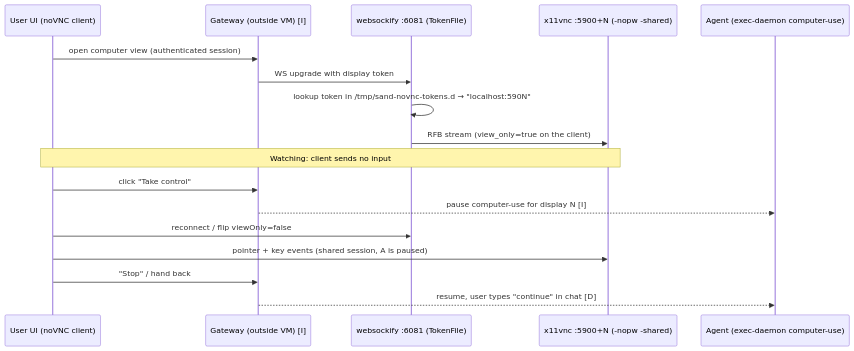
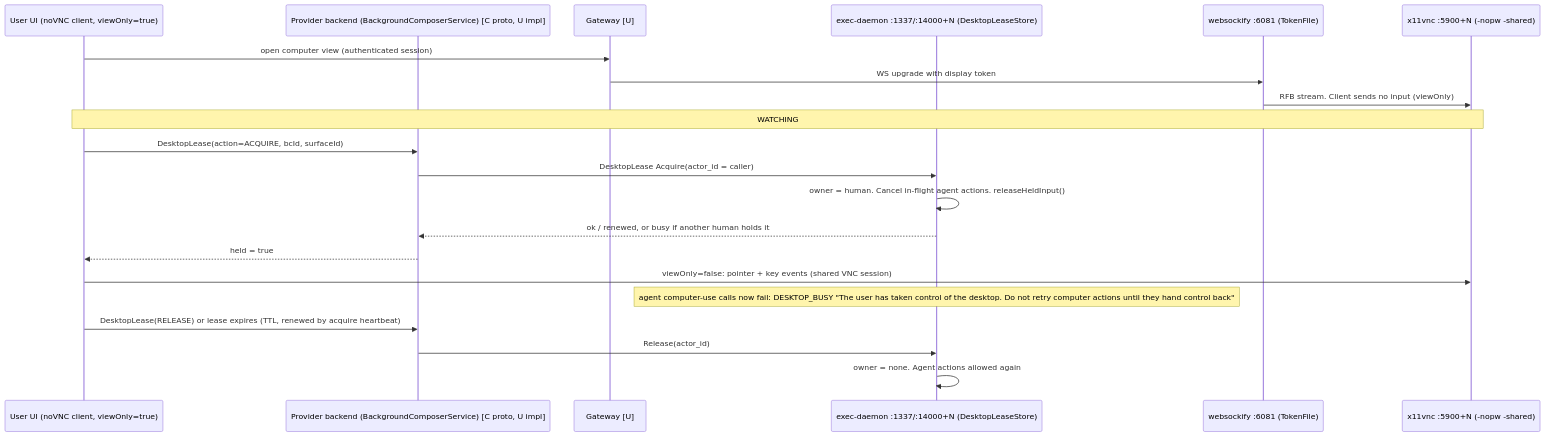
One commit to saadkhan2003/ai-teammates changed the third of 5 diagrams in docs/BOT_COMPUTER_ARCHITECTURE.md. Above: the diagram before and after it, drawn with Mermaid. The commit also changed other lines of this file and 6 other files, not shown here.

````diff
--- a/docs/BOT_COMPUTER_ARCHITECTURE.md
+++ b/docs/BOT_COMPUTER_ARCHITECTURE.md
@@ -161,19 +172,23 @@
 ```mermaid
 sequenceDiagram
-  participant U as User UI (noVNC client)
-  participant G as Gateway (outside VM) [I]
+  participant U as User UI (noVNC client, viewOnly=true)
+  participant B as Provider backend (BackgroundComposerService) [C proto, U impl]
+  participant G as Gateway [U]
+  participant ED as exec-daemon :1337/:14000+N (DesktopLeaseStore)
   participant W as websockify :6081 (TokenFile)
   participant V as x11vnc :5900+N (-nopw -shared)
-  participant A as Agent (exec-daemon computer-use)
   U->>G: open computer view (authenticated session)
   G->>W: WS upgrade with display token
-  W->>W: lookup token in /tmp/sand-novnc-tokens.d → "localhost:590N"
-  W->>V: RFB stream (view_only=true on the client)
-  Note over U,V: Watching: client sends no input
-  U->>G: click "Take control"
-  G-->>A: pause computer-use for display N [I]
-  U->>W: reconnect / flip viewOnly=false
-  U->>V: pointer + key events (shared session, A is paused)
-  U->>G: "Stop" / hand back
-  G-->>A: resume, user types "continue" in chat [D]
+  W->>V: RFB stream. Client sends no input (viewOnly)
+  Note over U,V: WATCHING
+  U->>B: DesktopLease(action=ACQUIRE, bcId, surfaceId)
+  B->>ED: DesktopLease Acquire(actor_id = caller)
+  ED->>ED: owner = human. Cancel in-flight agent actions. releaseHeldInput()
+  ED-->>B: ok / renewed, or busy if another human holds it
+  B-->>U: held = true
+  U->>V: viewOnly=false: pointer + key events (shared VNC session)
+  Note over ED: agent computer-use calls now fail: DESKTOP_BUSY "The user has taken control of the desktop. Do not retry computer actions until they hand control back"
+  U->>B: DesktopLease(RELEASE) or lease expires (TTL, renewed by acquire heartbeat)
+  B->>ED: Release(actor_id)
+  ED->>ED: owner = none. Agent actions allowed again
 ```
````
